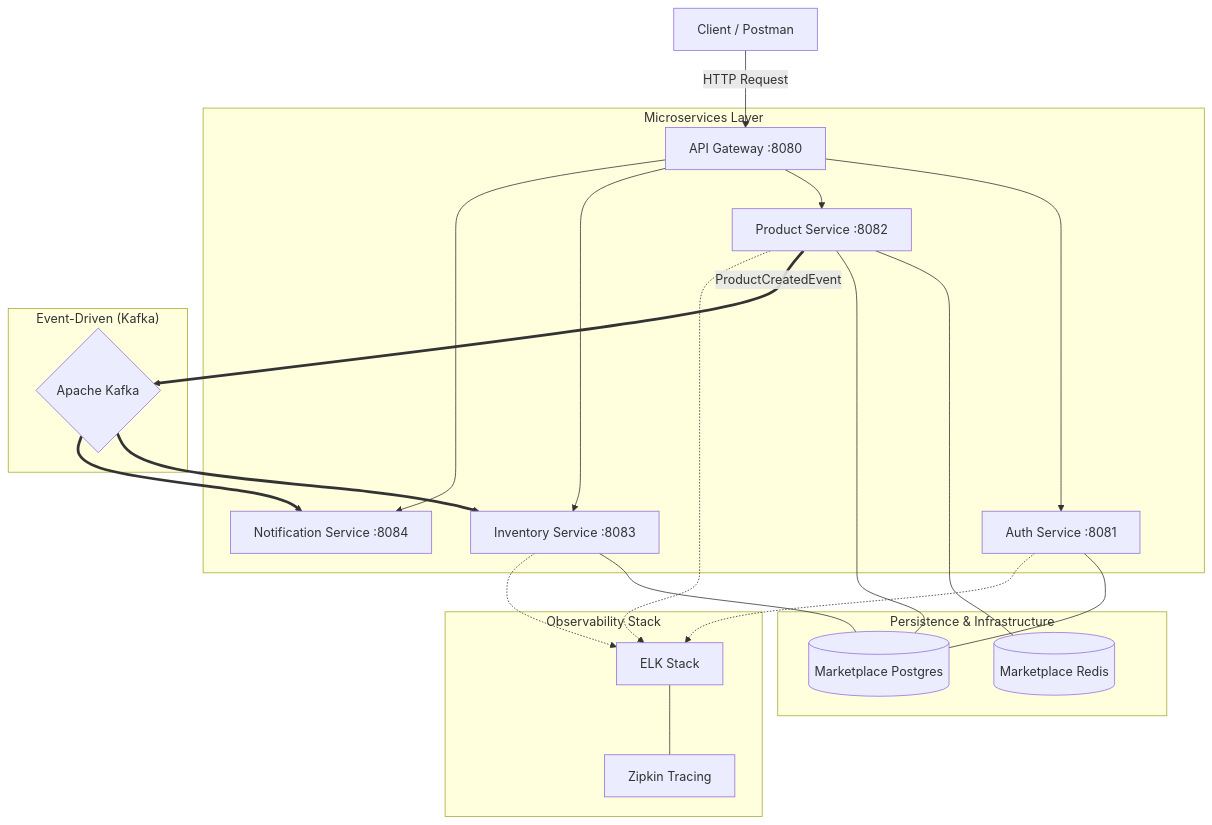
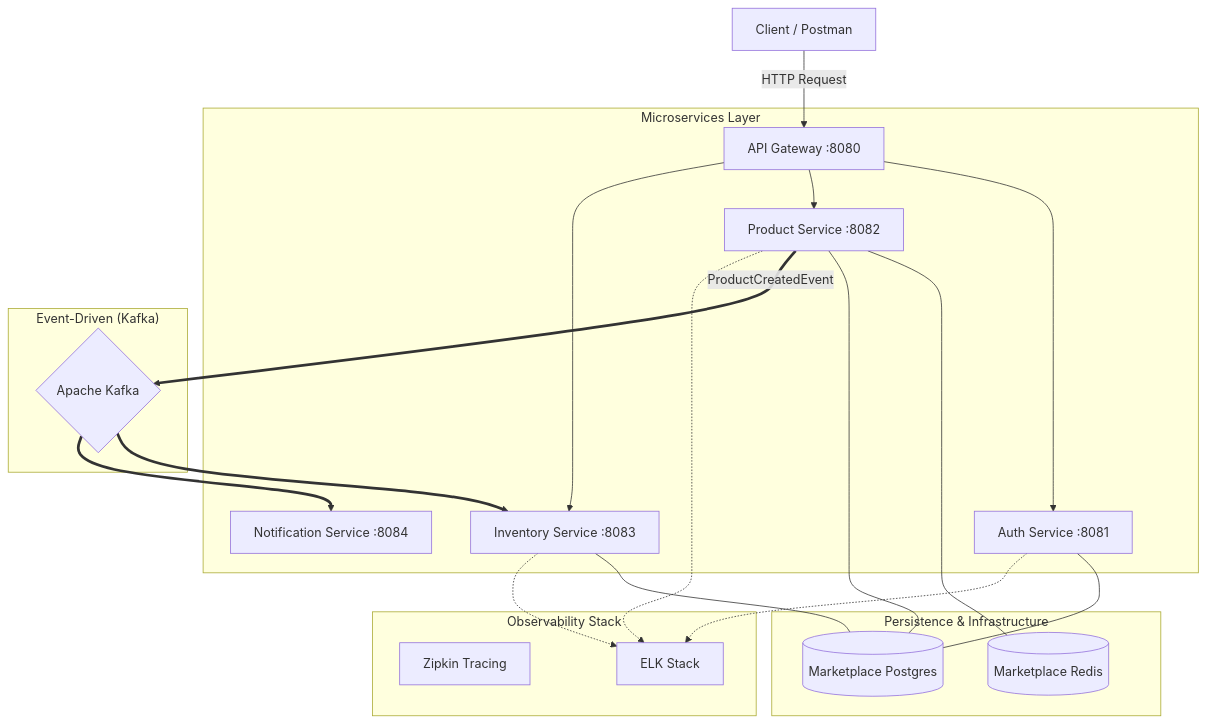
One commit to esrakonya/distributed-marketplace changed the diagram in README.md. Above: the diagram before and after it, drawn with Mermaid. The commit also changed other lines of this file, not shown here.

First line of the commit message:
Revise README for service architecture and features

````diff
--- a/README.md
+++ b/README.md
@@ -7,31 +7,32 @@
 ```mermaid
 graph TD
     Client[Client / Postman] -->|HTTP Request| Gateway[API Gateway :8080]
-    
+
     subgraph "Microservices Layer"
         Gateway --> Auth[Auth Service :8081]
         Gateway --> Product[Product Service :8082]
         Gateway --> Inventory[Inventory Service :8083]
-        Gateway --> Notification[Notification Service :8084]
+        Notification[Notification Service :8084]
     end
 
     subgraph "Persistence & Infrastructure"
         Product --- Redis[(Marketplace Redis)]
         Auth --- DB[(Marketplace Postgres)]
         Product --- DB
         Inventory --- DB
     end
 
     subgraph "Event-Driven (Kafka)"
         Product ==>|ProductCreatedEvent| Kafka{Apache Kafka}
         Kafka ==> Inventory
         Kafka ==> Notification
     end
 
     subgraph "Observability Stack"
-        ELK[ELK Stack] --- Zipkin[Zipkin Tracing]
+        Zipkin[Zipkin Tracing]
+        ELK[ELK Stack]
         Auth -.-> ELK
         Product -.-> ELK
         Inventory -.-> ELK
     end
 ```
````
